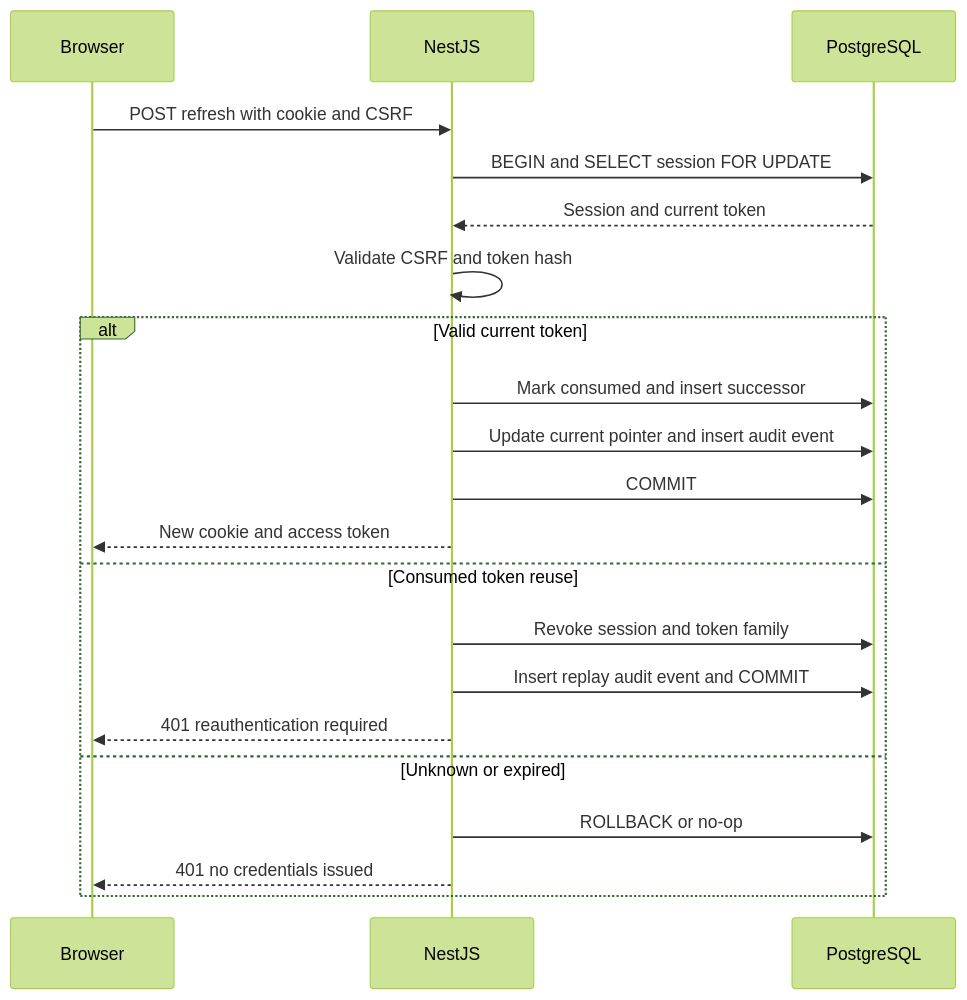
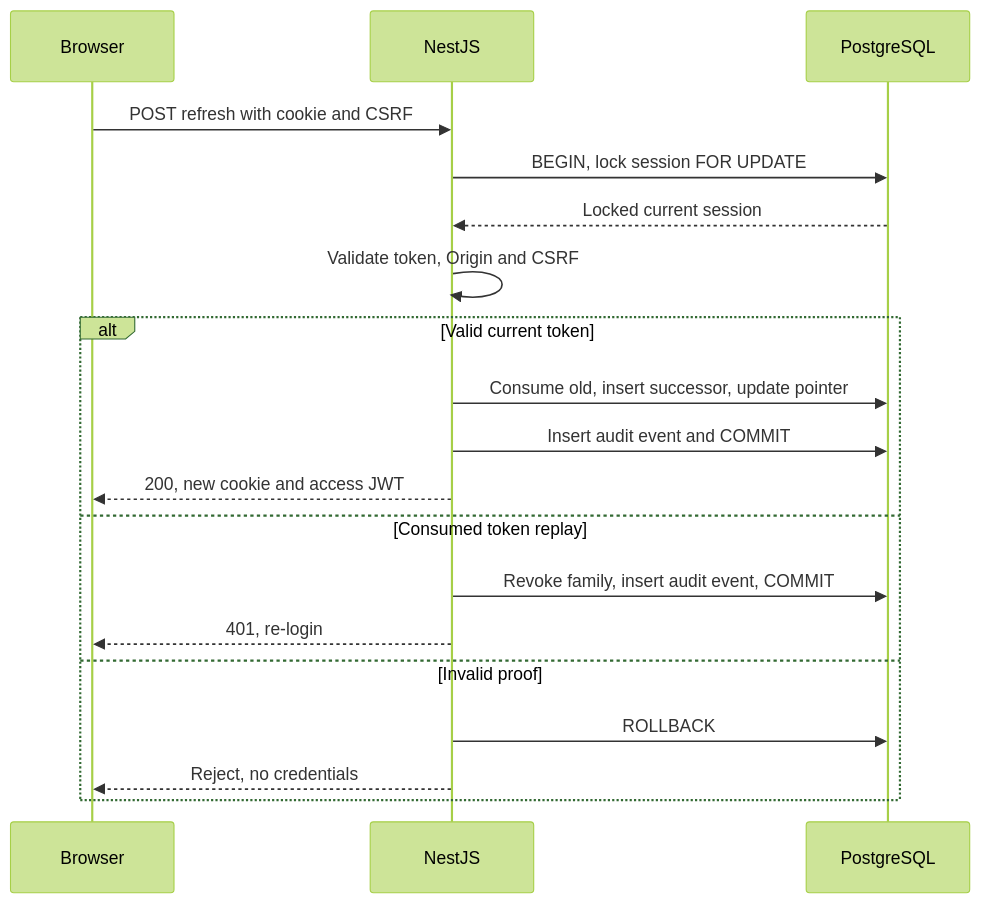
Before and after one commit to VuongDucHieu/PC-AI-Builder-Platform: the third of 3 diagrams in docs/03-system-design/04-database-design.md, drawn with Mermaid (forest theme). The commit also changed other lines of this file and 3 other files, not shown here.

Commit message:
docs(security): fix csrf design structure and mermaid syntax

````diff
--- a/docs/03-system-design/04-database-design.md
+++ b/docs/03-system-design/04-database-design.md
@@ -145,23 +405,21 @@
 ```mermaid
 sequenceDiagram
     participant Browser
     participant API as NestJS
     participant DB as PostgreSQL
     Browser->>API: POST refresh with cookie and CSRF
-    API->>DB: BEGIN and SELECT session FOR UPDATE
-    DB-->>API: Session and current token
-    API->>API: Validate CSRF and token hash
+    API->>DB: BEGIN, lock session FOR UPDATE
+    DB-->>API: Locked current session
+    API->>API: Validate token, Origin and CSRF
     alt Valid current token
-        API->>DB: Mark consumed and insert successor
-        API->>DB: Update current pointer and insert audit event
-        API->>DB: COMMIT
-        API-->>Browser: New cookie and access token
-    else Consumed token reuse
-        API->>DB: Revoke session and token family
-        API->>DB: Insert replay audit event and COMMIT
-        API-->>Browser: 401 reauthentication required
-    else Unknown or expired
-        API->>DB: ROLLBACK or no-op
-        API-->>Browser: 401 no credentials issued
+        API->>DB: Consume old, insert successor, update pointer
+        API->>DB: Insert audit event and COMMIT
+        API-->>Browser: 200, new cookie and access JWT
+    else Consumed token replay
+        API->>DB: Revoke family, insert audit event, COMMIT
+        API-->>Browser: 401, re-login
+    else Invalid proof
+        API->>DB: ROLLBACK
+        API-->>Browser: Reject, no credentials
     end
 ```
````
